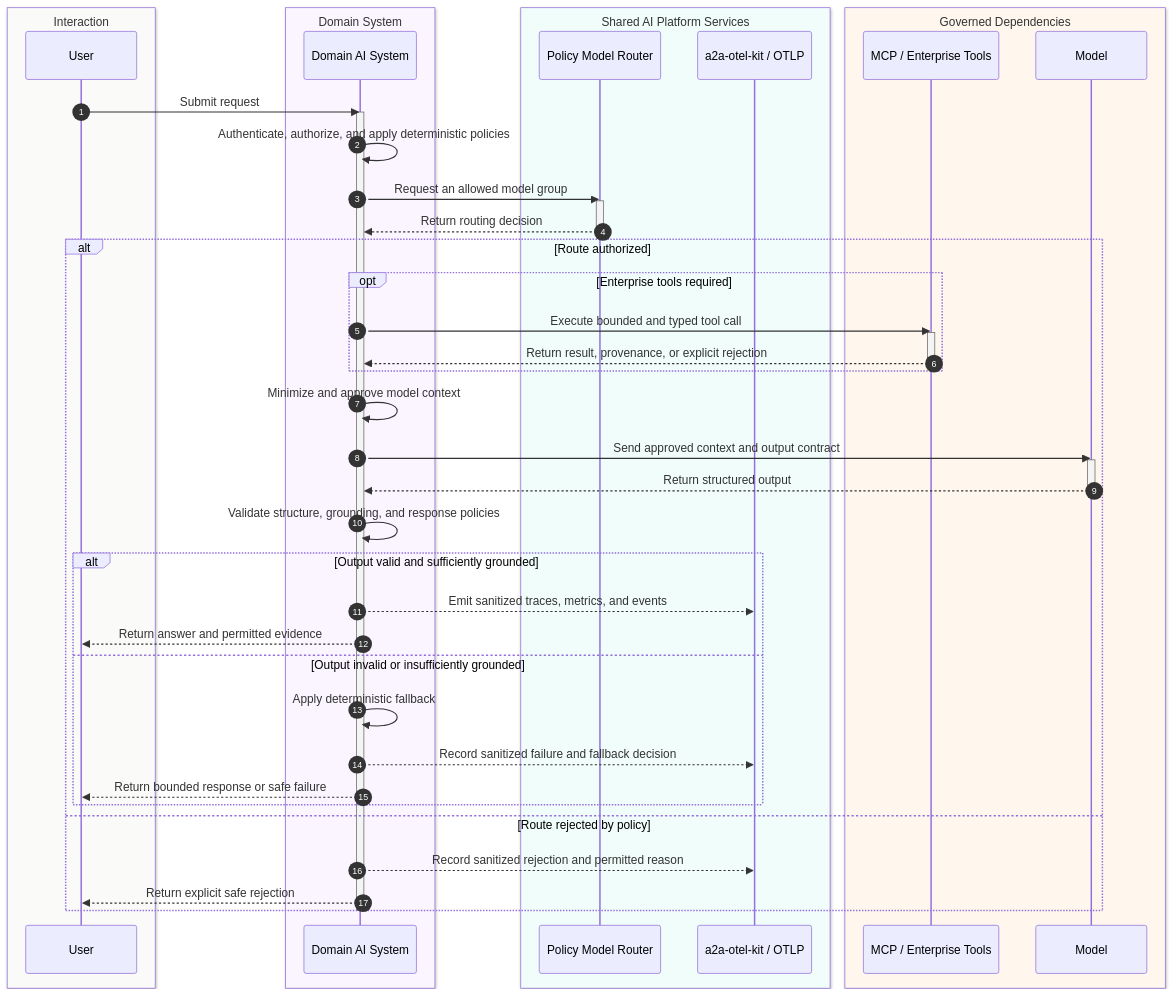
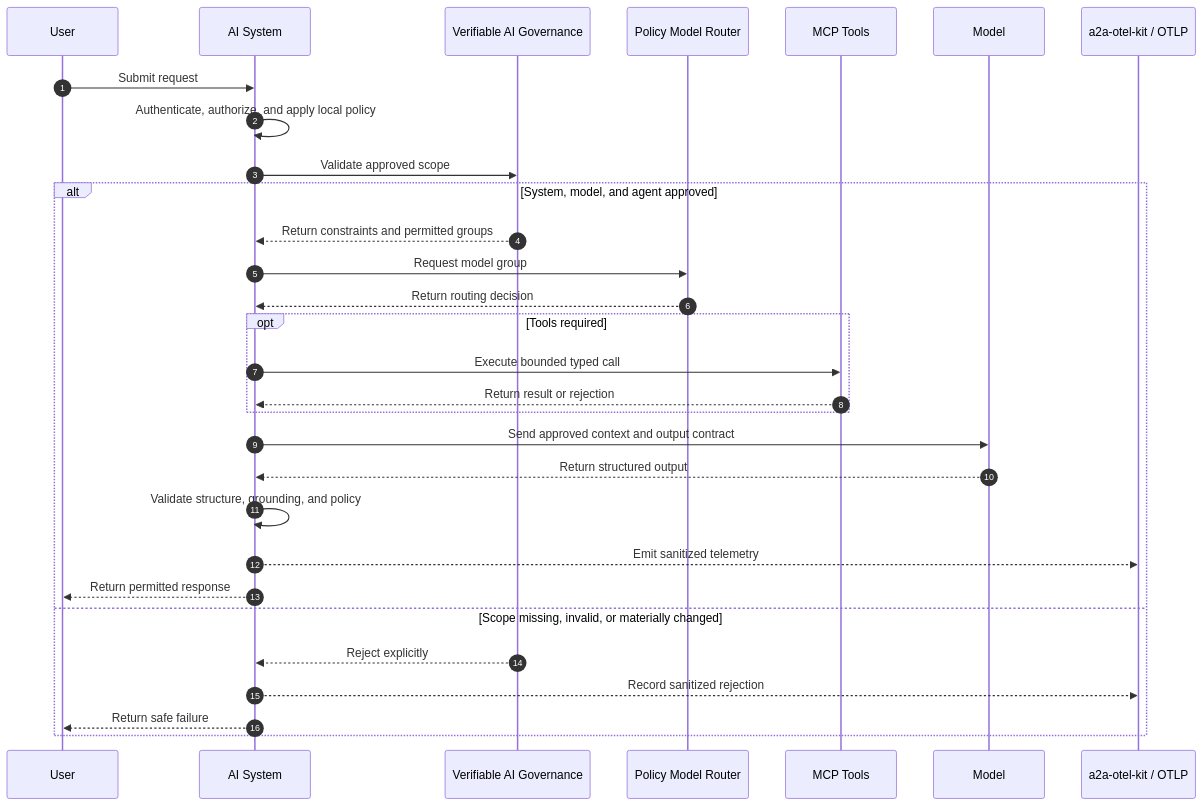
The fourth of 4 diagrams in PORTFOLIO_ARCHITECTURE.md (brunovicco/brunovicco), drawn with Mermaid before and after one commit. The commit also changed other lines of this file and 6 other files, not shown here.

Commit message:
docs: update profile with verifiable AI governance project (#9)

````diff
--- a/PORTFOLIO_ARCHITECTURE.md
+++ b/PORTFOLIO_ARCHITECTURE.md
@@ -246,63 +233,34 @@
 ```mermaid
 sequenceDiagram
     autonumber
-
-    box rgb(250, 250, 249) Interaction
-        participant User
-    end
-
-    box rgb(250, 245, 255) Domain System
-        participant App as Domain AI System
-    end
-
-    box rgb(240, 253, 250) Shared AI Platform Services
-        participant Router as Policy Model Router
-        participant OTel as a2a-otel-kit / OTLP
-    end
-
-    box rgb(255, 247, 237) Governed Dependencies
-        participant MCP as MCP / Enterprise Tools
-        participant Model
-    end
+    participant User
+    participant App as AI System
+    participant Gov as Verifiable AI Governance
+    participant Router as Policy Model Router
+    participant MCP as MCP Tools
+    participant Model
+    participant OTel as a2a-otel-kit / OTLP
 
     User->>App: Submit request
-    activate App
+    App->>App: Authenticate, authorize, and apply local policy
+    App->>Gov: Validate approved scope
 
-    App->>App: Authenticate, authorize, and apply deterministic policies
-    App->>Router: Request an allowed model group
-    activate Router
-    Router-->>App: Return routing decision
-    deactivate Router
-
-    alt Route authorized
-        opt Enterprise tools required
-            App->>MCP: Execute bounded and typed tool call
-            activate MCP
-            MCP-->>App: Return result, provenance, or explicit rejection
-            deactivate MCP
+    alt System, model, and agent approved
+        Gov-->>App: Return constraints and permitted groups
+        App->>Router: Request model group
+        Router-->>App: Return routing decision
+        opt Tools required
+            App->>MCP: Execute bounded typed call
+            MCP-->>App: Return result or rejection
         end
-
-        App->>App: Minimize and approve model context
         App->>Model: Send approved context and output contract
-        activate Model
         Model-->>App: Return structured output
-        deactivate Model
-
-        App->>App: Validate structure, grounding, and response policies
-
-        alt Output valid and sufficiently grounded
-            App-->>OTel: Emit sanitized traces, metrics, and events
-            App-->>User: Return answer and permitted evidence
-        else Output invalid or insufficiently grounded
-            App->>App: Apply deterministic fallback
-            App-->>OTel: Record sanitized failure and fallback decision
-            App-->>User: Return bounded response or safe failure
-        end
-
-    else Route rejected by policy
-        App-->>OTel: Record sanitized rejection and permitted reason
-        App-->>User: Return explicit safe rejection
+        App->>App: Validate structure, grounding, and policy
+        App-->>OTel: Emit sanitized telemetry
+        App-->>User: Return permitted response
+    else Scope missing, invalid, or materially changed
+        Gov-->>App: Reject explicitly
+        App-->>OTel: Record sanitized rejection
+        App-->>User: Return safe failure
     end
-
-    deactivate App
 ```
````
